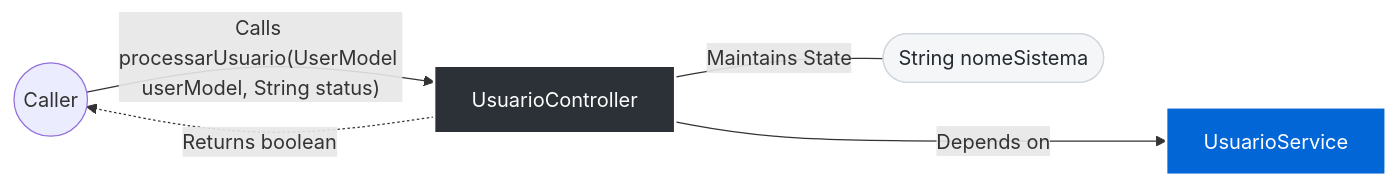
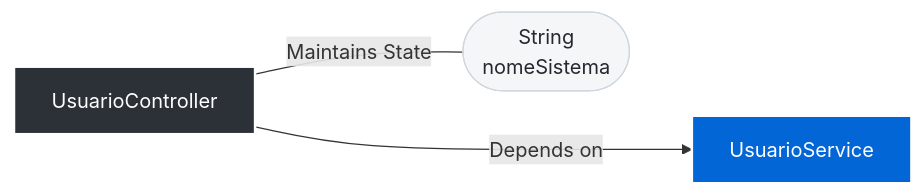
One commit to FelipeMCassiano/geanky changed the first of 2 diagrams in docs/UsuarioController.md. Above: the diagram before and after it, drawn with Mermaid. The commit also changed other lines of this file and 6 other files, not shown here.

````diff
--- a/docs/UsuarioController.md
+++ b/docs/UsuarioController.md
@@ -33,27 +33,20 @@
 ```mermaid
 flowchart LR
     %% Styling
     classDef classNode fill:#2b3137,stroke:#fff,stroke-width:2px,color:#fff;
     classDef stateNode fill:#f4f6f8,stroke:#d0d7de,color:#24292f;
     classDef extNode fill:#0366d6,stroke:#fff,stroke-width:2px,color:#fff;
     
-    Caller(("Caller"))
     ThisClass["UsuarioController"]:::classNode
-
-    %% Method Calls
-    
-    Caller -- "Calls processarUsuario(UserModel userModel, String status)" --> ThisClass
-    ThisClass -. "Returns boolean" .-> Caller
-    
 
     %% State vs External Dependencies
     
     
-    ThisClass -- "Maintains State" --- State_nomeSistema(["String nomeSistema"]):::stateNode
+    ThisClass -- "Maintains State" --- State_nomeSistema(["String<br>nomeSistema"]):::stateNode
     
     
     
     ThisClass -- "Depends on" ---> Dep_service["UsuarioService"]:::extNode
     
     
 ```
````
